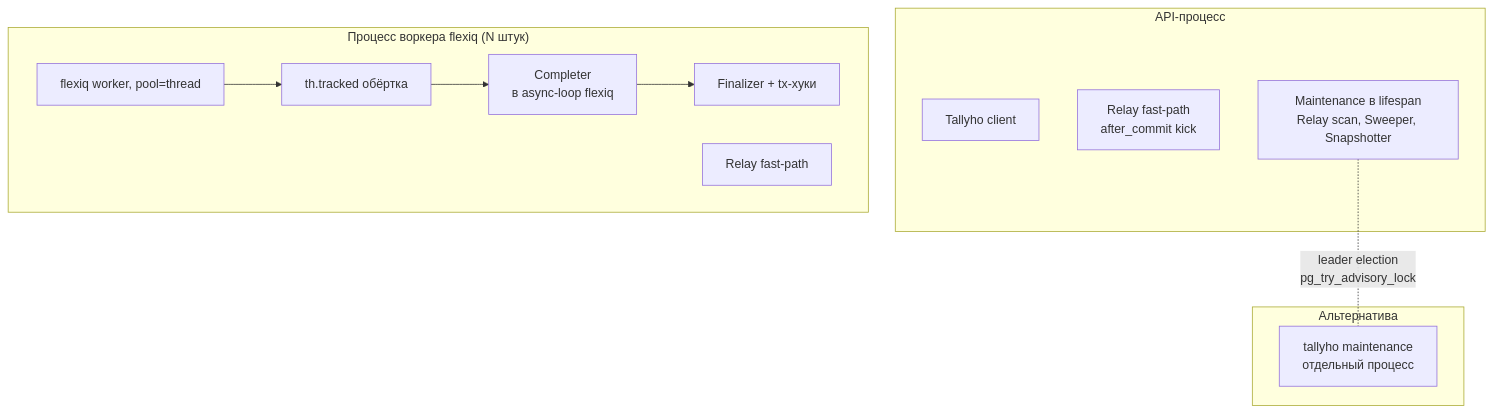
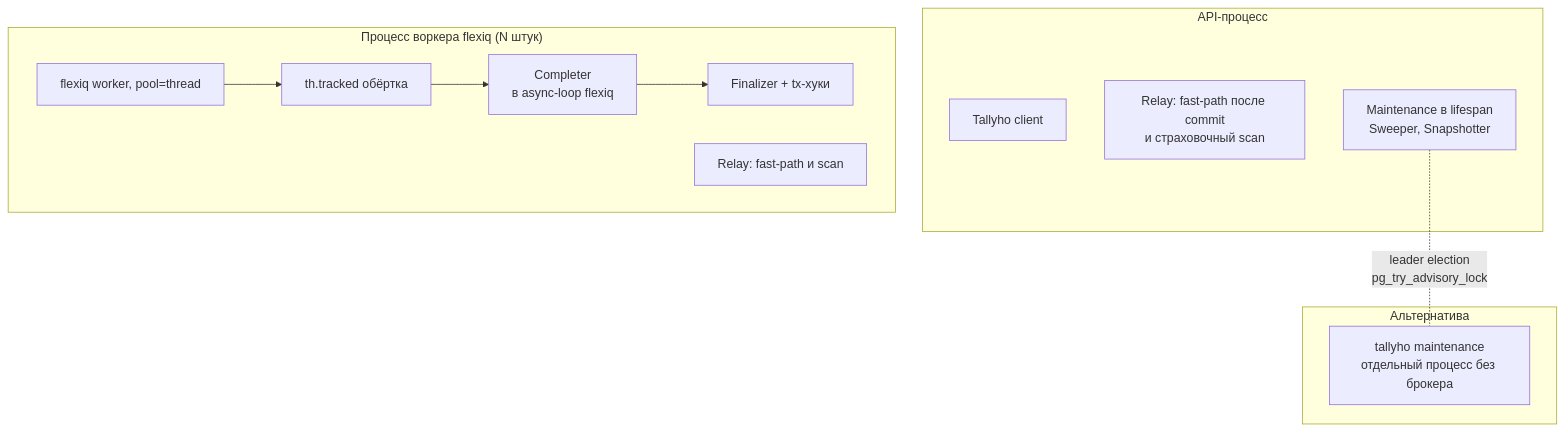
One commit to 0cherednoq/Tallyho changed the second of 39 diagrams in docs/ARCHITECTURE.md. Above: the diagram before and after it, drawn with Mermaid. The commit also changed other lines of this file, not shown here.

First line of the commit message:
Fix-10: ARCHITECTURE — relay в процессах с адаптером, scan без лидера

````diff
--- a/docs/ARCHITECTURE.md
+++ b/docs/ARCHITECTURE.md
@@ -130,20 +130,20 @@
 ```mermaid
 flowchart TB
     subgraph apiproc["API-процесс"]
         A1["Tallyho client"]
-        A2["Relay fast-path<br/>after_commit kick"]
-        A3["Maintenance в lifespan<br/>Relay scan, Sweeper, Snapshotter"]
+        A2["Relay: fast-path после commit<br/>и страховочный scan"]
+        A3["Maintenance в lifespan<br/>Sweeper, Snapshotter"]
     end
     subgraph wproc["Процесс воркера flexiq (N штук)"]
         B1["flexiq worker, pool=thread"]
         B2["th.tracked обёртка"]
         B3["Completer<br/>в async-loop flexiq"]
-        B4["Relay fast-path"]
+        B4["Relay: fast-path и scan"]
         B5["Finalizer + tx-хуки"]
     end
     subgraph opt["Альтернатива"]
-        C1["tallyho maintenance<br/>отдельный процесс"]
+        C1["tallyho maintenance<br/>отдельный процесс без брокера"]
     end
     B1 --> B2 --> B3 --> B5
     A3 -.-|"leader election<br/>pg_try_advisory_lock"| C1
 ```
````
